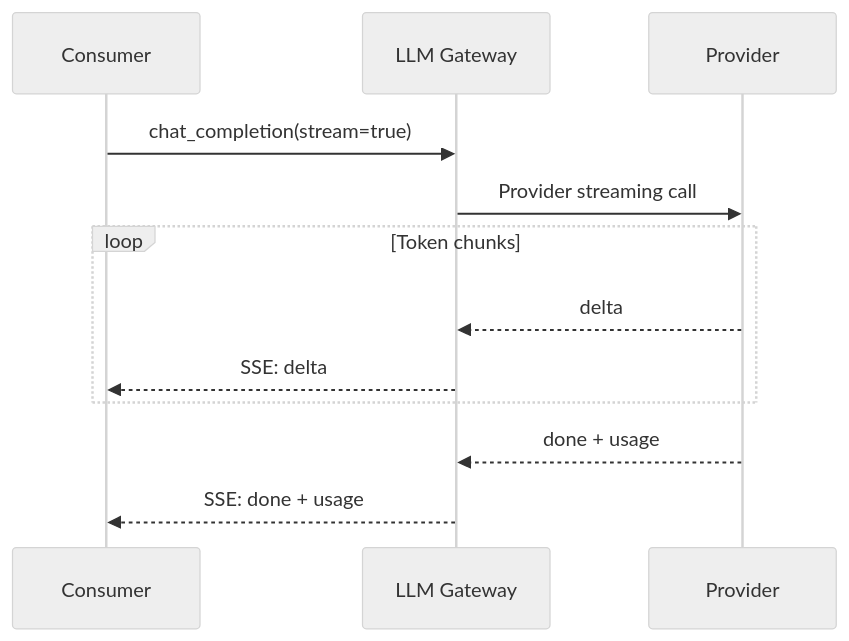
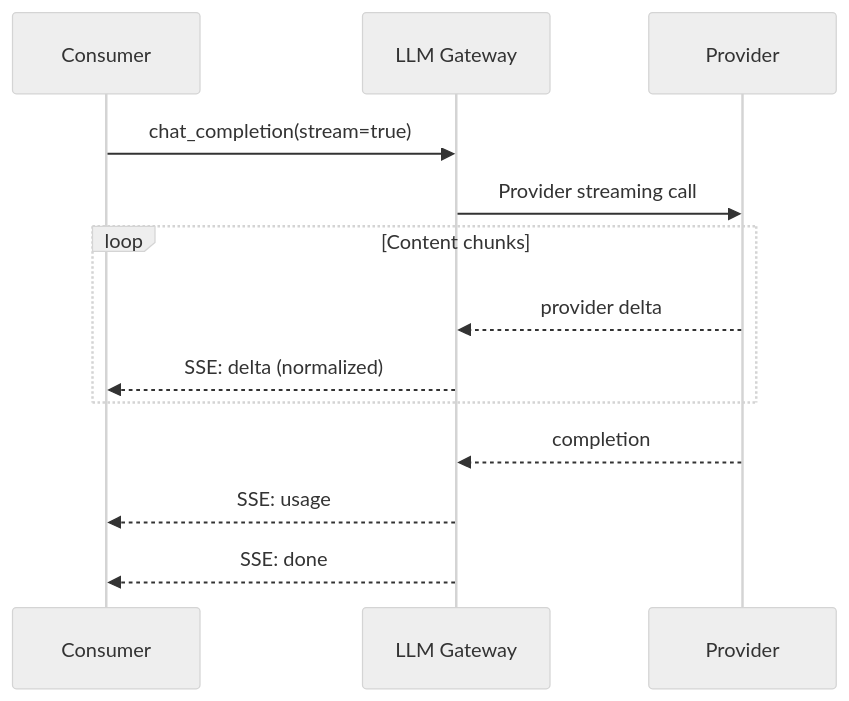
One commit to hypernetix/hyperspot changed the second of 22 diagrams in modules/llm_gateway/docs/SCENARIOS.md. Above: the diagram before and after it, drawn with Mermaid (neutral theme). The commit also changed other lines of this file and 1 other file, not shown here.

Commit message:
docs(llm_gateway): response normalization, provider api extensions, async jobs

````diff
--- a/modules/llm_gateway/docs/SCENARIOS.md
+++ b/modules/llm_gateway/docs/SCENARIOS.md
@@ -125,15 +260,16 @@
 ```mermaid
 sequenceDiagram
     participant C as Consumer
     participant GW as LLM Gateway
     participant P as Provider
 
     C->>GW: chat_completion(stream=true)
     GW->>P: Provider streaming call
-    loop Token chunks
-        P-->>GW: delta
-        GW-->>C: SSE: delta
+    loop Content chunks
+        P-->>GW: provider delta
+        GW-->>C: SSE: delta (normalized)
     end
-    P-->>GW: done + usage
-    GW-->>C: SSE: done + usage
+    P-->>GW: completion
+    GW-->>C: SSE: usage
+    GW-->>C: SSE: done
 ```
````
